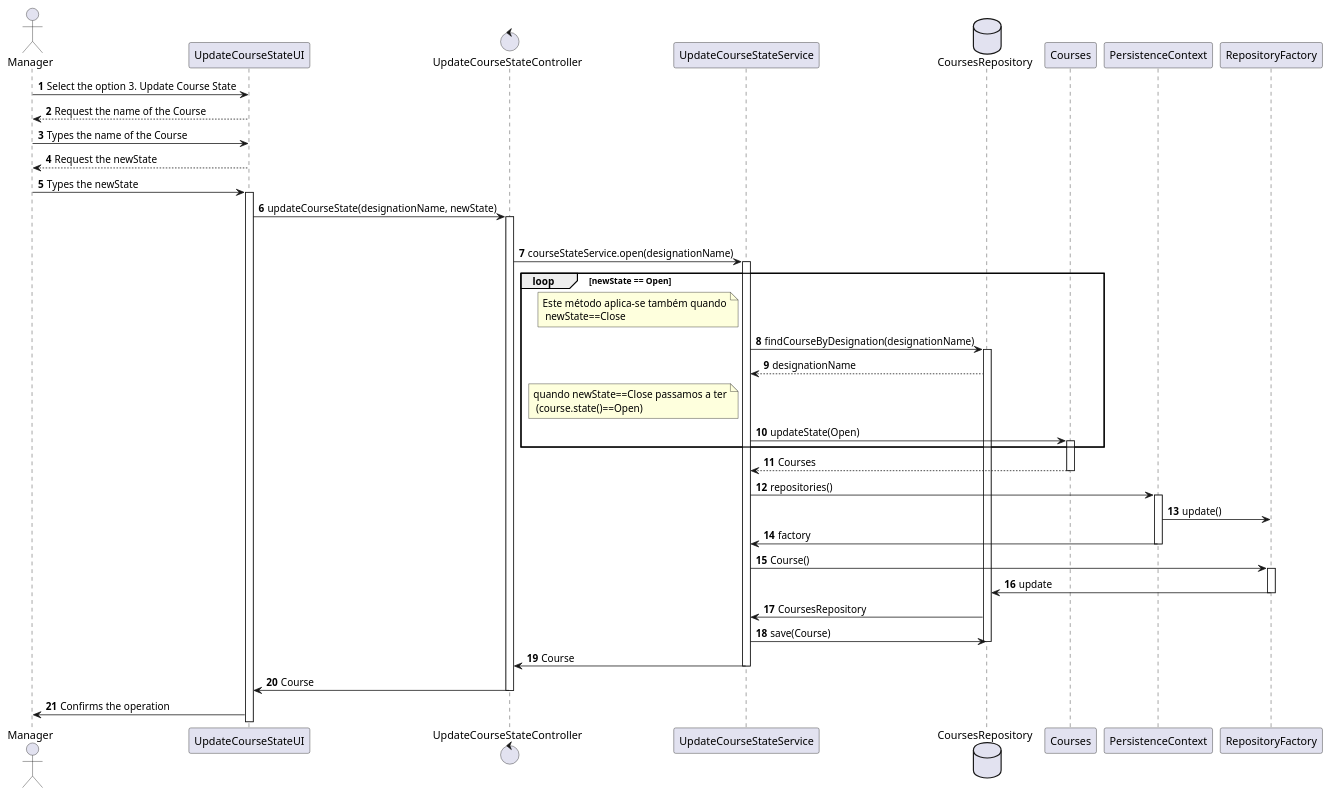
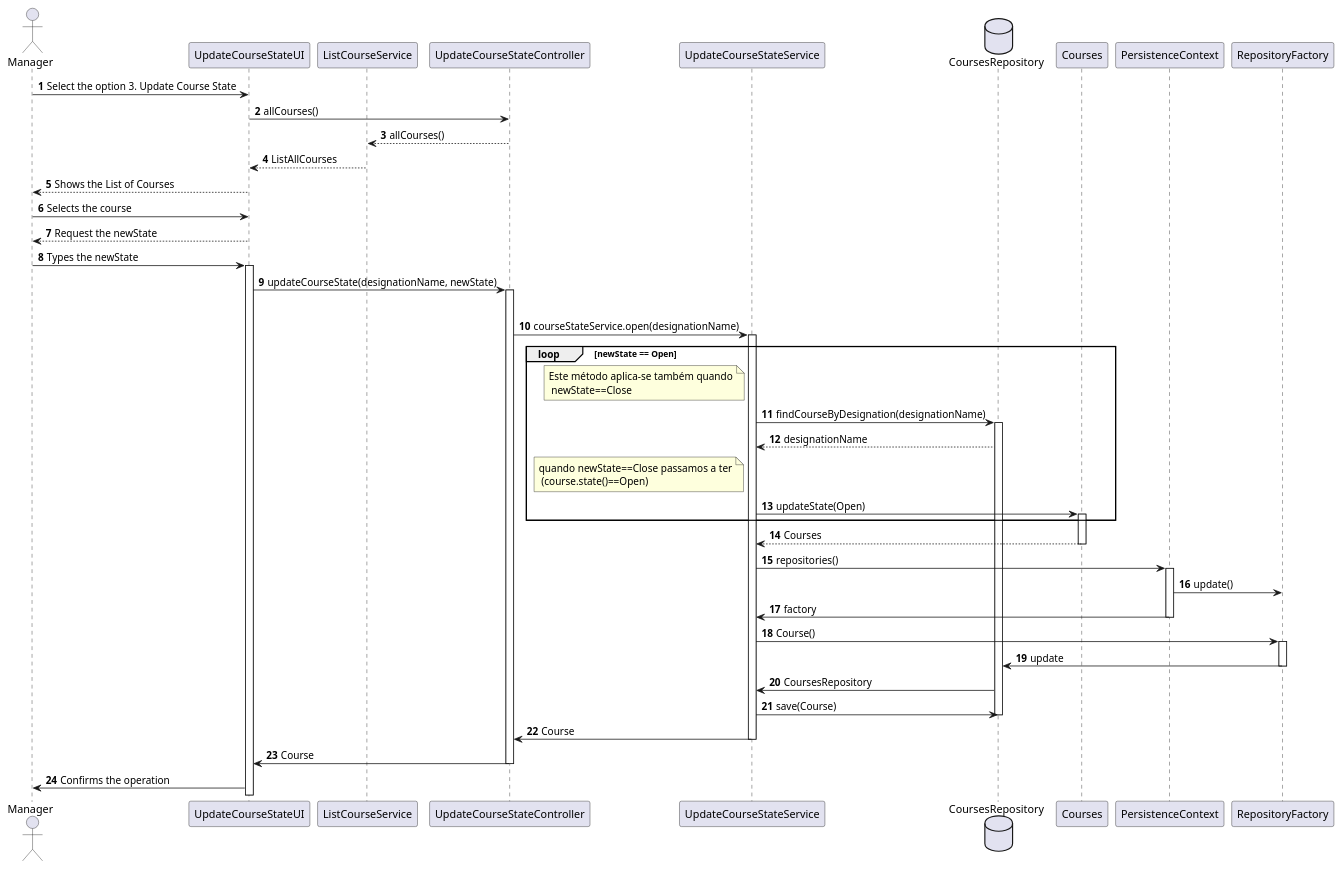
One commit to mascenso/isep-sem4-lapr4 changed the diagram in docs/SPRINT B/US1004/Sequence_Diagram.puml. Above: the diagram before and after it, drawn with PlantUML. The commit also changed 11 other files, not shown here.

```diff
--- a/docs/SPRINT B/US1004/Sequence_Diagram.puml
+++ b/docs/SPRINT B/US1004/Sequence_Diagram.puml
@@ -1,57 +1,60 @@
 @startuml
 'https://plantuml.com/sequence-diagram
 
 autonumber
 
 actor Manager
 
 Manager -> UpdateCourseStateUI: Select the option 3. Update Course State
-UpdateCourseStateUI --> Manager:  Request the name of the Course
-Manager -> UpdateCourseStateUI: Types the name of the Course
+UpdateCourseStateUI -> UpdateCourseStateController: allCourses()
+UpdateCourseStateController --> ListCourseService: allCourses()
+ListCourseService --> UpdateCourseStateUI: ListAllCourses
+UpdateCourseStateUI --> Manager:  Shows the List of Courses
+Manager -> UpdateCourseStateUI: Selects the course
 UpdateCourseStateUI --> Manager: Request the newState
 Manager -> UpdateCourseStateUI: Types the newState
 activate UpdateCourseStateUI
 control UpdateCourseStateController
 UpdateCourseStateUI -> UpdateCourseStateController: updateCourseState(designationName, newState)
 activate UpdateCourseStateController
 
 
 
 loop newState == Open
 
 UpdateCourseStateController -> UpdateCourseStateService: courseStateService.open(designationName)
 activate UpdateCourseStateService
 database CoursesRepository
  loop newState == Open
  note left of UpdateCourseStateService: Este método aplica-se também quando\n newState==Close
 
 UpdateCourseStateService -> CoursesRepository: findCourseByDesignation(designationName)
 activate CoursesRepository
 CoursesRepository --> UpdateCourseStateService: designationName
  note left of UpdateCourseStateService: quando newState==Close passamos a ter\n (course.state()==Open)
 UpdateCourseStateService -> Courses: updateState(Open)
 activate Courses
 end loop
 
 Courses --> UpdateCourseStateService: Courses
 
 deactivate Courses
 UpdateCourseStateService -> PersistenceContext: repositories()
 
 activate PersistenceContext
 PersistenceContext -> RepositoryFactory: update()
 PersistenceContext -> UpdateCourseStateService: factory
 deactivate PersistenceContext
 UpdateCourseStateService -> RepositoryFactory: Course()
 activate RepositoryFactory
 RepositoryFactory -> CoursesRepository: update
 deactivate RepositoryFactory
 CoursesRepository -> UpdateCourseStateService: CoursesRepository
 UpdateCourseStateService -> CoursesRepository: save(Course)
 deactivate CoursesRepository
 UpdateCourseStateService -> UpdateCourseStateController: Course
 deactivate UpdateCourseStateService
 UpdateCourseStateController -> UpdateCourseStateUI: Course
 deactivate UpdateCourseStateController
 UpdateCourseStateUI -> Manager: Confirms the operation
 @enduml
```
